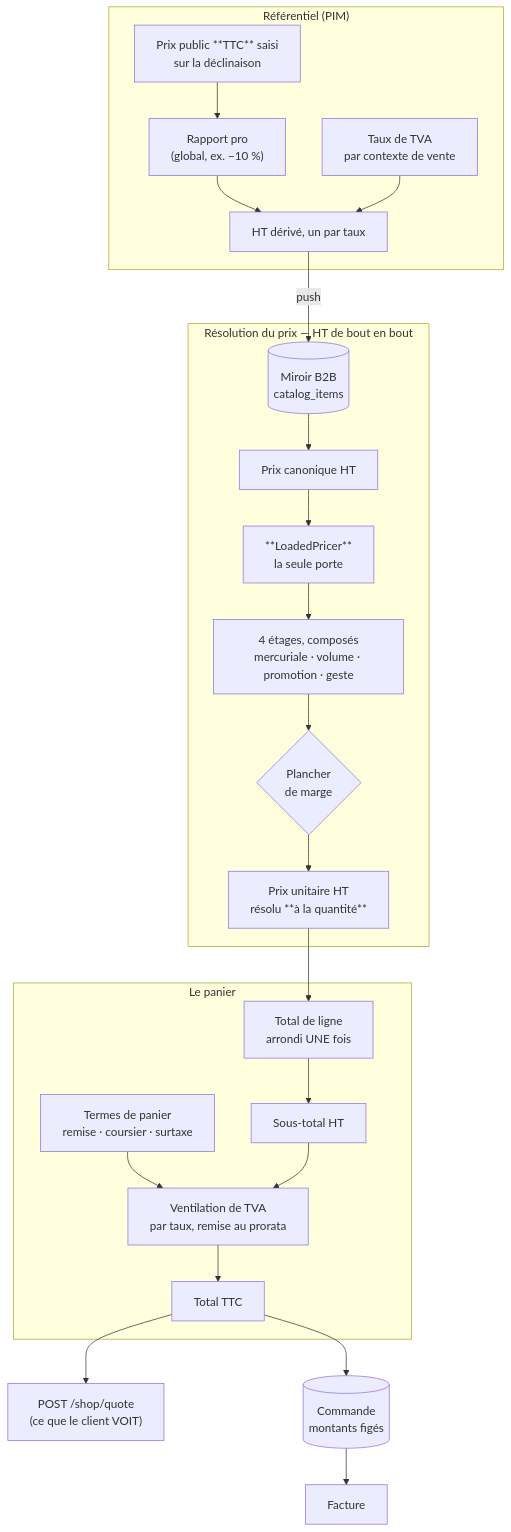
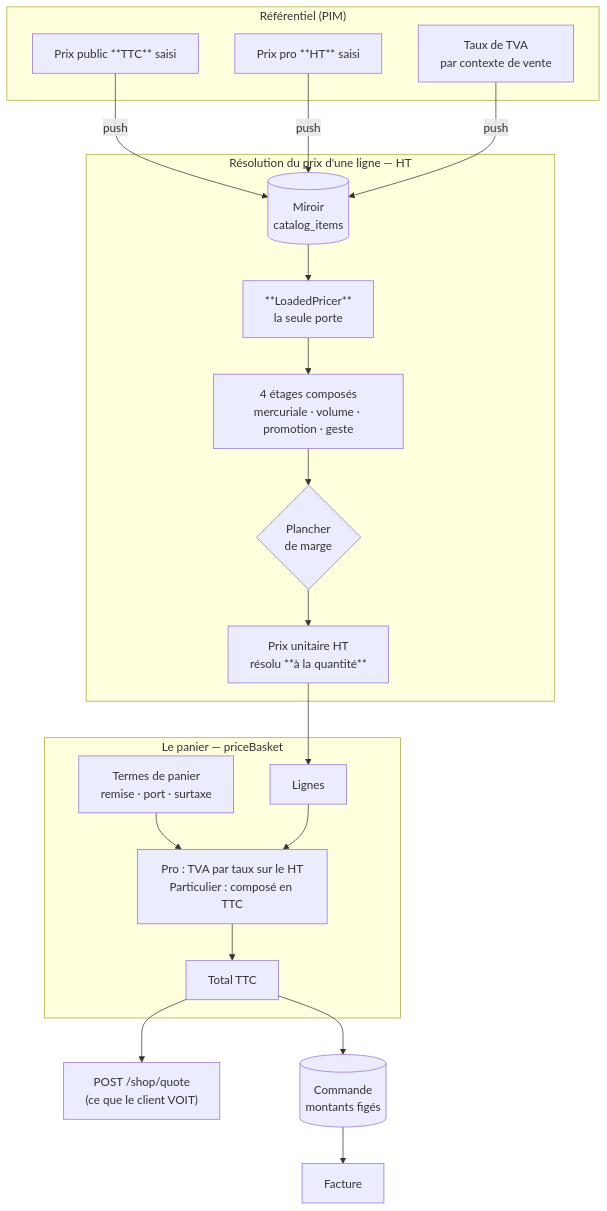
Before and after one commit to hugoheynard/lfd: the diagram in documentation/pricing/README.md, drawn with Mermaid. The commit also changed other lines of this file and 248 other files, not shown here.

````diff
--- a/documentation/pricing/README.md
+++ b/documentation/pricing/README.md
@@ -41,32 +30,30 @@
 ```mermaid
 flowchart TD
   subgraph PIM["Référentiel (PIM)"]
-    Saisie["Prix public **TTC** saisi<br/>sur la déclinaison"]
-    Rapport["Rapport pro<br/>(global, ex. −10 %)"]
+    Public["Prix public **TTC** saisi"]
+    Pro["Prix pro **HT** saisi"]
     Taux["Taux de TVA<br/>par contexte de vente"]
-    Saisie --> Rapport --> Derive["HT dérivé, un par taux"]
-    Taux --> Derive
   end
 
-  Derive -->|push| Miroir[("Miroir B2B<br/>catalog_items")]
+  Public -->|push| Miroir[("Miroir<br/>catalog_items")]
+  Pro -->|push| Miroir
+  Taux -->|push| Miroir
 
-  subgraph Resolution["Résolution du prix — HT de bout en bout"]
-    Miroir --> Canonique["Prix canonique HT"]
-    Canonique --> Pricer["**LoadedPricer**<br/>la seule porte"]
-    Pricer --> Etages["4 étages, composés<br/>mercuriale · volume · promotion · geste"]
+  subgraph Resolution["Résolution du prix d'une ligne — HT"]
+    Miroir --> Pricer["**LoadedPricer**<br/>la seule porte"]
+    Pricer --> Etages["4 étages composés<br/>mercuriale · volume · promotion · geste"]
     Etages --> Plancher{"Plancher<br/>de marge"}
     Plancher --> Unitaire["Prix unitaire HT<br/>résolu **à la quantité**"]
   end
 
-  subgraph Panier["Le panier"]
-    Unitaire --> Ligne["Total de ligne<br/>arrondi UNE fois"]
-    Ligne --> SousTotal["Sous-total HT"]
-    Termes["Termes de panier<br/>remise · coursier · surtaxe"] --> Vent
-    SousTotal --> Vent["Ventilation de TVA<br/>par taux, remise au prorata"]
-    Vent --> Total["Total TTC"]
+  subgraph Panier["Le panier — priceBasket"]
+    Unitaire --> Lignes["Lignes"]
+    Termes["Termes de panier<br/>remise · port · surtaxe"] --> Calcul
+    Lignes --> Calcul["Pro : TVA par taux sur le HT<br/>Particulier : composé en TTC"]
+    Calcul --> Total["Total TTC"]
   end
 
   Total --> Devis["POST /shop/quote<br/>(ce que le client VOIT)"]
   Total --> Commande[("Commande<br/>montants figés")]
   Commande --> Facture["Facture"]
 ```
````
